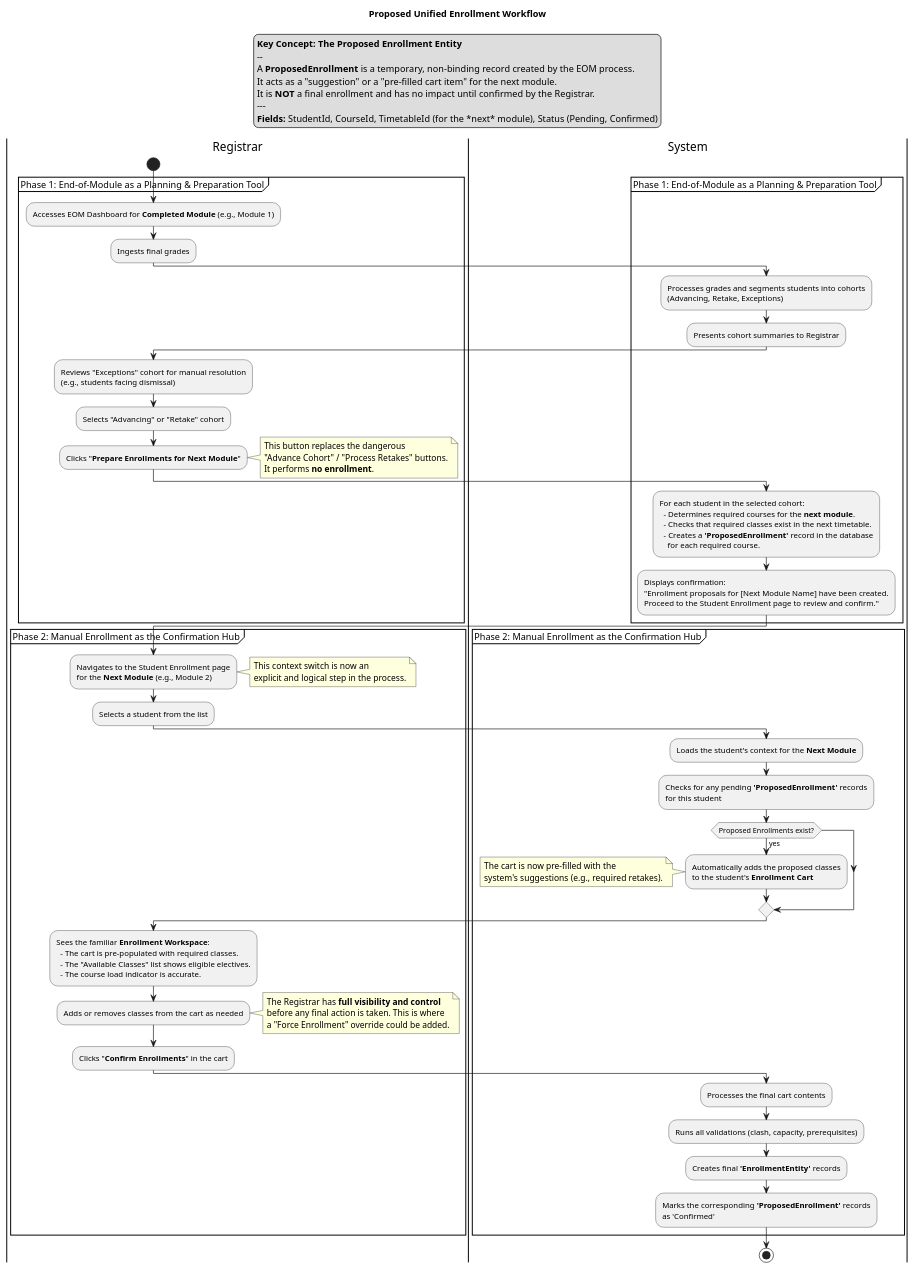
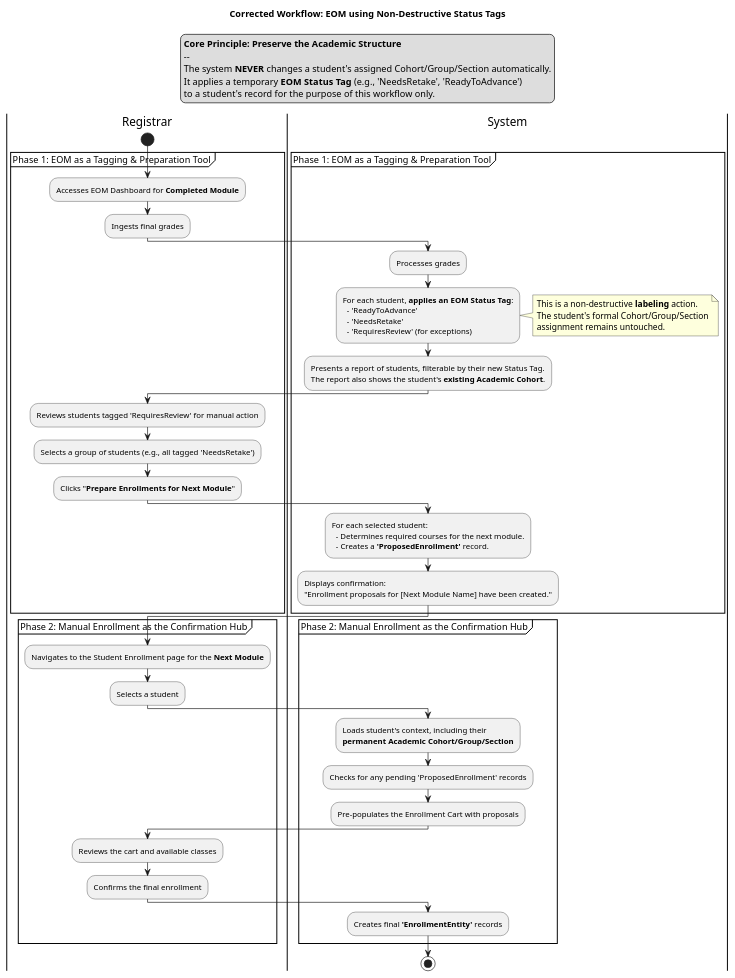
One commit to zrock-dev-backup/kawsay changed the diagram in resources/activity-diagram/master-workflow.puml. Above: the diagram before and after it, drawn with PlantUML.

Commit message:
chore(actvity-diagram): remove cohort distribution

```diff
--- a/resources/activity-diagram/master-workflow.puml
+++ b/resources/activity-diagram/master-workflow.puml
@@ -1,94 +1,65 @@
 @startuml
-title Proposed Unified Enrollment Workflow
+title Corrected Workflow: EOM using Non-Destructive Status Tags
 
 legend top
-  <font size=14><b>Key Concept: The Proposed Enrollment Entity</b></font>
+  <font size=14><b>Core Principle: Preserve the Academic Structure</b></font>
   --
-  A **ProposedEnrollment** is a temporary, non-binding record created by the EOM process.
-  It acts as a "suggestion" or a "pre-filled cart item" for the next module.
-  It is **NOT** a final enrollment and has no impact until confirmed by the Registrar.
-  ---
-  **Fields:** StudentId, CourseId, TimetableId (for the *next* module), Status (Pending, Confirmed)
+  The system **NEVER** changes a student's assigned Cohort/Group/Section automatically.
+  It applies a temporary **EOM Status Tag** (e.g., 'NeedsRetake', 'ReadyToAdvance')
+  to a student's record for the purpose of this workflow only.
 end legend
 
 |Registrar|
 start
-partition "Phase 1: End-of-Module as a Planning & Preparation Tool" {
-    :Accesses EOM Dashboard for **Completed Module** (e.g., Module 1);
+partition "Phase 1: EOM as a Tagging & Preparation Tool" {
+    :Accesses EOM Dashboard for **Completed Module**;
     :Ingests final grades;
 
     |System|
-    :Processes grades and segments students into cohorts
-    (Advancing, Retake, Exceptions);
-    :Presents cohort summaries to Registrar;
+    :Processes grades;
+    :For each student, **applies an EOM Status Tag**:
+      - 'ReadyToAdvance'
+      - 'NeedsRetake'
+      - 'RequiresReview' (for exceptions);
+    note right
+        This is a non-destructive **labeling** action.
+        The student's formal Cohort/Group/Section
+        assignment remains untouched.
+    end note
+    :Presents a report of students, filterable by their new Status Tag.
+    The report also shows the student's **existing Academic Cohort**.;
 
     |Registrar|
-    :Reviews "Exceptions" cohort for manual resolution
-    (e.g., students facing dismissal);
-    :Selects "Advancing" or "Retake" cohort;
+    :Reviews students tagged 'RequiresReview' for manual action;
+    :Selects a group of students (e.g., all tagged 'NeedsRetake');
     :Clicks "**Prepare Enrollments for Next Module**";
-    note right
-        This button replaces the dangerous
-        "Advance Cohort" / "Process Retakes" buttons.
-        It performs **no enrollment**.
-    end note
 
     |System|
-    :For each student in the selected cohort:
-      - Determines required courses for the **next module**.
-      - Checks that required classes exist in the next timetable.
-      - Creates a **'ProposedEnrollment'** record in the database
-        for each required course.;
+    :For each selected student:
+      - Determines required courses for the next module.
+      - Creates a **'ProposedEnrollment'** record.;
     :Displays confirmation:
-    "Enrollment proposals for [Next Module Name] have been created.
-    Proceed to the Student Enrollment page to review and confirm.";
+    "Enrollment proposals for [Next Module Name] have been created.";
 }
 
 |Registrar|
 partition "Phase 2: Manual Enrollment as the Confirmation Hub" {
-    :Navigates to the Student Enrollment page
-    for the **Next Module** (e.g., Module 2);
-    note right
-        This context switch is now an
-        explicit and logical step in the process.
-    end note
-
-    :Selects a student from the list;
+    :Navigates to the Student Enrollment page for the **Next Module**;
+    :Selects a student;
 
     |System|
-    :Loads the student's context for the **Next Module**;
-    :Checks for any pending **'ProposedEnrollment'** records
-    for this student;
-
-    if (Proposed Enrollments exist?) then (yes)
-      :Automatically adds the proposed classes
-      to the student's **Enrollment Cart**;
-      note left
-        The cart is now pre-filled with the
-        system's suggestions (e.g., required retakes).
-      end note
-    endif
+    :Loads student's context, including their
+    **permanent Academic Cohort/Group/Section**;
+    :Checks for any pending 'ProposedEnrollment' records;
+    :Pre-populates the Enrollment Cart with proposals;
 
     |Registrar|
-    :Sees the familiar **Enrollment Workspace**:
-      - The cart is pre-populated with required classes.
-      - The "Available Classes" list shows eligible electives.
-      - The course load indicator is accurate.;
-    :Adds or removes classes from the cart as needed;
-    note right
-        The Registrar has **full visibility and control**
-        before any final action is taken. This is where
-        a "Force Enrollment" override could be added.
-    end note
-    :Clicks "**Confirm Enrollments**" in the cart;
+    :Reviews the cart and available classes;
+    :Confirms the final enrollment;
 
     |System|
-    :Processes the final cart contents;
-    :Runs all validations (clash, capacity, prerequisites);
     :Creates final **'EnrollmentEntity'** records;
-    :Marks the corresponding **'ProposedEnrollment'** records
-    as 'Confirmed';
 }
 
 stop
 @enduml
```
